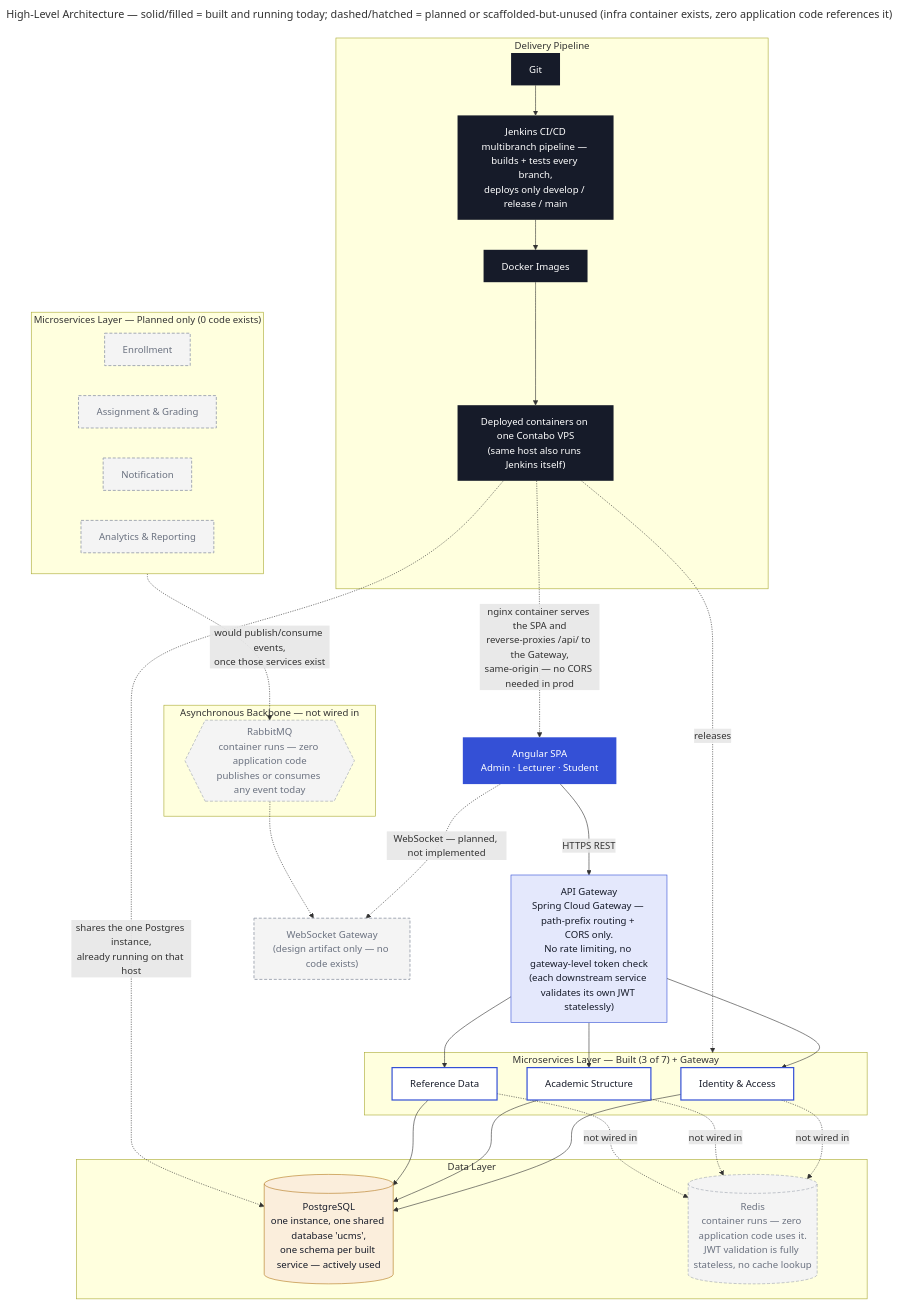
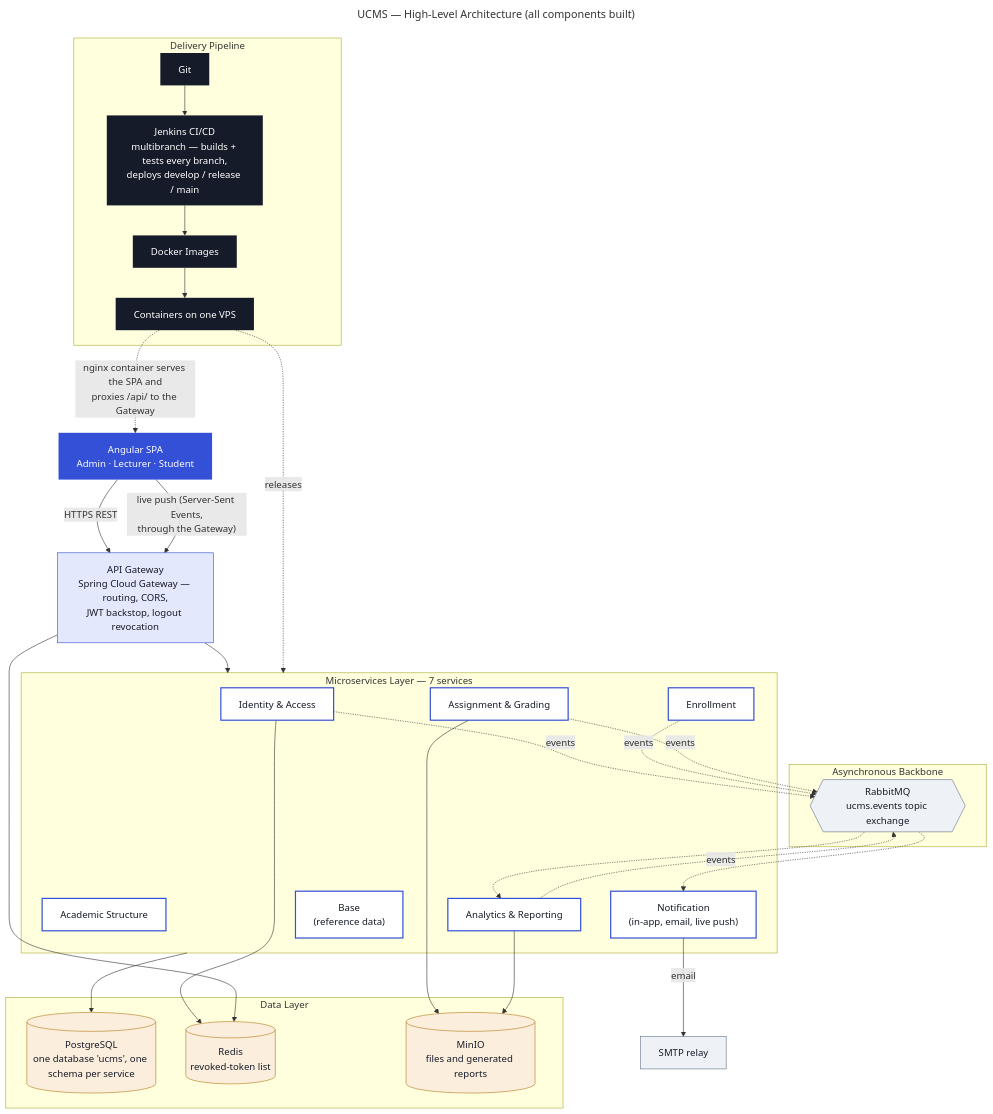
The diagram in docs/architecture/high-level-architecture.mmd (ESD-ONE/University-Course-Management-System), drawn with Mermaid before and after one commit. The commit also changed 543 other files, not shown here.

First line of the commit message:
Move auth to Keycloak, build out the remaining services, and harden, load-balance and rate-limit the stack

```diff
--- a/docs/architecture/high-level-architecture.mmd
+++ b/docs/architecture/high-level-architecture.mmd
@@ -1,73 +1,67 @@
 ---
-title: "High-Level Architecture — solid/filled = built and running today; dashed/hatched = planned or scaffolded-but-unused (infra container exists, zero application code references it)"
+title: "UCMS — High-Level Architecture (all components built)"
 ---
 flowchart TB
     WEB["Angular SPA<br/>Admin · Lecturer · Student"]
 
-    WEB -->|HTTPS REST| GW["API Gateway<br/>Spring Cloud Gateway — path-prefix routing + CORS only.<br/>No rate limiting, no gateway-level token check<br/>(each downstream service validates its own JWT statelessly)"]
-    WEB -.->|WebSocket — planned, not implemented| WSG["WebSocket Gateway<br/>(design artifact only — no code exists)"]
+    WEB -->|HTTPS REST| GW["API Gateway<br/>Spring Cloud Gateway — routing, CORS,<br/>JWT backstop, logout revocation"]
+    WEB -->|"live push (Server-Sent Events,<br/>through the Gateway)"| GW
 
-    subgraph BUILT["Microservices Layer — Built (3 of 7) + Gateway"]
+    subgraph SERVICES["Microservices Layer — 7 services"]
         IAM["Identity & Access"]
         ACAD["Academic Structure"]
-        REF["Reference Data"]
+        ENR["Enrollment"]
+        GRADE["Assignment & Grading"]
+        NOTIF["Notification<br/>(in-app, email, live push)"]
+        ANALYTICS["Analytics & Reporting"]
+        BASE["Base<br/>(reference data)"]
     end
 
-    subgraph PLANNED["Microservices Layer — Planned only (0 code exists)"]
-        ENR["Enrollment"]
-        GRADE["Assignment & Grading"]
-        NOTIF["Notification"]
-        ANALYTICS["Analytics & Reporting"]
+    GW --> SERVICES
+
+    subgraph DATALAYER["Data Layer"]
+        PG[("PostgreSQL<br/>one database 'ucms', one schema per service")]
+        REDIS[("Redis<br/>revoked-token list")]
+        MINIO[("MinIO<br/>files and generated reports")]
     end
 
-    GW --> IAM
-    GW --> ACAD
-    GW --> REF
+    SERVICES --> PG
+    IAM --> REDIS
+    GW --> REDIS
+    GRADE --> MINIO
+    ANALYTICS --> MINIO
 
-    subgraph DATALAYER["Data Layer"]
-        PG[("PostgreSQL<br/>one instance, one shared database 'ucms',<br/>one schema per built service — actively used")]
-        REDIS[("Redis<br/>container runs — zero application code uses it.<br/>JWT validation is fully stateless, no cache lookup")]
+    subgraph ASYNC["Asynchronous Backbone"]
+        MQ{{"RabbitMQ<br/>ucms.events topic exchange"}}
     end
 
-    IAM --> PG
-    ACAD --> PG
-    REF --> PG
-    IAM -.->|not wired in| REDIS
-    ACAD -.->|not wired in| REDIS
-    REF -.->|not wired in| REDIS
+    IAM -.->|events| MQ
+    ENR -.->|events| MQ
+    GRADE -.->|events| MQ
+    ANALYTICS -.->|events| MQ
+    MQ -.-> NOTIF
+    MQ -.-> ANALYTICS
+    NOTIF -->|email| SMTP["SMTP relay"]
 
-    subgraph ASYNC["Asynchronous Backbone — not wired in"]
-        MQ{{"RabbitMQ<br/>container runs — zero application code<br/>publishes or consumes any event today"}}
+    subgraph PIPE["Delivery Pipeline"]
+        GIT["Git"] --> CI["Jenkins CI/CD<br/>multibranch — builds + tests every branch,<br/>deploys develop / release / main"]
+        CI --> DOCKER["Docker Images"]
+        DOCKER --> DEPLOY["Containers on one VPS"]
     end
 
-    PLANNED -.->|would publish/consume events,<br/>once those services exist| MQ
-    MQ -.-> WSG
-
-    subgraph PIPE["Delivery Pipeline"]
-        GIT["Git"] --> CI["Jenkins CI/CD<br/>multibranch pipeline — builds + tests every branch,<br/>deploys only develop / release / main"]
-        CI --> DOCKER["Docker Images"]
-        DOCKER --> DEPLOY["Deployed containers on one Contabo VPS<br/>(same host also runs Jenkins itself)"]
-    end
-
-    DEPLOY -.->|releases| BUILT
-    DEPLOY -.->|nginx container serves the SPA and<br/>reverse-proxies /api/ to the Gateway,<br/>same-origin — no CORS needed in prod| WEB
-    DEPLOY -.->|shares the one Postgres instance,<br/>already running on that host| PG
+    DEPLOY -.->|releases| SERVICES
+    DEPLOY -.->|nginx container serves the SPA and<br/>proxies /api/ to the Gateway| WEB
 
     classDef client fill:#3450D6,color:#fff,stroke:none
     classDef gateway fill:#E4E8FC,color:#161B29,stroke:#3450D6
-    classDef svcBuilt fill:#FFFFFF,color:#161B29,stroke:#3450D6,stroke-width:2px
-    classDef svcPlanned fill:#F4F4F4,color:#6B7280,stroke:#9CA3AF,stroke-width:1.5px,stroke-dasharray: 5 3
+    classDef svc fill:#FFFFFF,color:#161B29,stroke:#3450D6,stroke-width:2px
     classDef data fill:#FBEEDC,color:#161B29,stroke:#B4791F
-    classDef dataUnused fill:#F4F4F4,color:#6B7280,stroke:#9CA3AF,stroke-dasharray: 5 3
-    classDef async fill:#F4F4F4,color:#6B7280,stroke:#9CA3AF,stroke-dasharray: 5 3
+    classDef async fill:#EEF2F6,color:#161B29,stroke:#64748B
     classDef pipe fill:#161B29,color:#fff,stroke:none
 
     class WEB client
     class GW gateway
-    class WSG svcPlanned
-    class IAM,ACAD,REF svcBuilt
-    class ENR,GRADE,NOTIF,ANALYTICS svcPlanned
-    class PG data
-    class REDIS dataUnused
-    class MQ async
+    class IAM,ACAD,ENR,GRADE,NOTIF,ANALYTICS,BASE svc
+    class PG,REDIS,MINIO data
+    class MQ,SMTP async
     class GIT,CI,DOCKER,DEPLOY pipe
```
